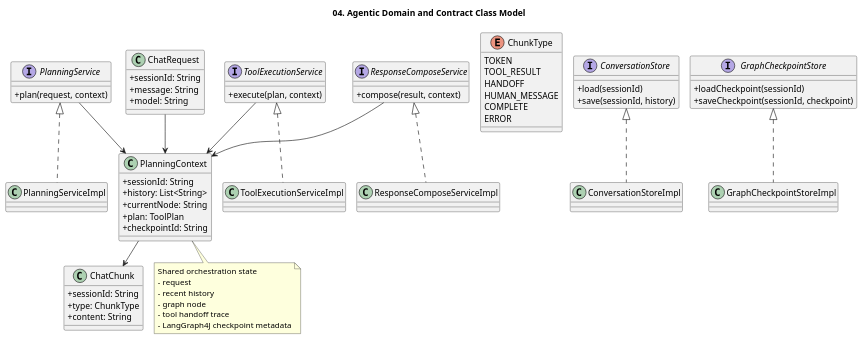
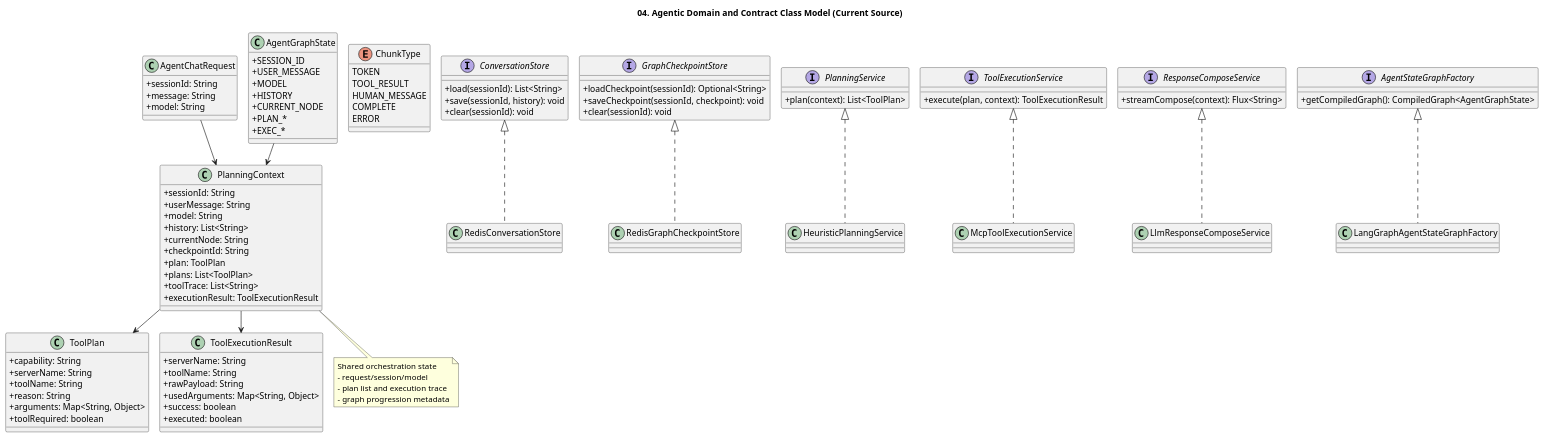
The diagram in documents/mcp-orchestrator-architecture/04-domain-class-model.puml (kim57uak/spring-ai), drawn with PlantUML before and after one commit. The commit also changed 63 other files, not shown here.

Commit message:
Refactor agent architecture, exception layering, and docs sync

```diff
--- a/documents/mcp-orchestrator-architecture/04-domain-class-model.puml
+++ b/documents/mcp-orchestrator-architecture/04-domain-class-model.puml
@@ -1,86 +1,117 @@
 @startuml
 !pragma layout smetana
-title 04. Agentic Domain and Contract Class Model
+title 04. Agentic Domain and Contract Class Model (Current Source)
 
 skinparam shadowing false
 skinparam classAttributeIconSize 0
 
-class ChatRequest {
+class AgentChatRequest {
   +sessionId: String
   +message: String
   +model: String
 }
 
-class ChatChunk {
+class PlanningContext {
   +sessionId: String
-  +type: ChunkType
-  +content: String
+  +userMessage: String
+  +model: String
+  +history: List<String>
+  +currentNode: String
+  +checkpointId: String
+  +plan: ToolPlan
+  +plans: List<ToolPlan>
+  +toolTrace: List<String>
+  +executionResult: ToolExecutionResult
+}
+
+class AgentGraphState {
+  +SESSION_ID
+  +USER_MESSAGE
+  +MODEL
+  +HISTORY
+  +CURRENT_NODE
+  +PLAN_*
+  +EXEC_*
 }
 
 enum ChunkType {
   TOKEN
   TOOL_RESULT
-  HANDOFF
   HUMAN_MESSAGE
   COMPLETE
   ERROR
 }
 
-class PlanningContext {
-  +sessionId: String
-  +history: List<String>
-  +currentNode: String
-  +plan: ToolPlan
-  +checkpointId: String
+class ToolPlan {
+  +capability: String
+  +serverName: String
+  +toolName: String
+  +reason: String
+  +arguments: Map<String, Object>
+  +toolRequired: boolean
+}
+
+class ToolExecutionResult {
+  +serverName: String
+  +toolName: String
+  +rawPayload: String
+  +usedArguments: Map<String, Object>
+  +success: boolean
+  +executed: boolean
 }
 
 interface ConversationStore {
-  +load(sessionId)
-  +save(sessionId, history)
+  +load(sessionId): List<String>
+  +save(sessionId, history): void
+  +clear(sessionId): void
 }
 
 interface GraphCheckpointStore {
-  +loadCheckpoint(sessionId)
-  +saveCheckpoint(sessionId, checkpoint)
+  +loadCheckpoint(sessionId): Optional<String>
+  +saveCheckpoint(sessionId, checkpoint): void
+  +clear(sessionId): void
 }
 
 interface PlanningService {
-  +plan(request, context)
+  +plan(context): List<ToolPlan>
 }
 
 interface ToolExecutionService {
-  +execute(plan, context)
+  +execute(plan, context): ToolExecutionResult
 }
 
 interface ResponseComposeService {
-  +compose(result, context)
+  +streamCompose(context): Flux<String>
 }
 
-class ConversationStoreImpl
-class GraphCheckpointStoreImpl
-class PlanningServiceImpl
-class ToolExecutionServiceImpl
-class ResponseComposeServiceImpl
+interface AgentStateGraphFactory {
+  +getCompiledGraph(): CompiledGraph<AgentGraphState>
+}
 
-ConversationStore <|.. ConversationStoreImpl
-GraphCheckpointStore <|.. GraphCheckpointStoreImpl
-PlanningService <|.. PlanningServiceImpl
-ToolExecutionService <|.. ToolExecutionServiceImpl
-ResponseComposeService <|.. ResponseComposeServiceImpl
+class RedisConversationStore
+class RedisGraphCheckpointStore
+class HeuristicPlanningService
+class McpToolExecutionService
+class LlmResponseComposeService
+class LangGraphAgentStateGraphFactory
 
-ChatRequest --> PlanningContext
-PlanningContext --> ChatChunk
-PlanningService --> PlanningContext
-ToolExecutionService --> PlanningContext
-ResponseComposeService --> PlanningContext
+ConversationStore <|.. RedisConversationStore
+GraphCheckpointStore <|.. RedisGraphCheckpointStore
+PlanningService <|.. HeuristicPlanningService
+ToolExecutionService <|.. McpToolExecutionService
+ResponseComposeService <|.. LlmResponseComposeService
+AgentStateGraphFactory <|.. LangGraphAgentStateGraphFactory
+
+AgentChatRequest --> PlanningContext
+PlanningContext --> ToolPlan
+PlanningContext --> ToolExecutionResult
+AgentGraphState --> PlanningContext
 
 note bottom of PlanningContext
 Shared orchestration state
-- request
-- recent history
-- graph node
-- tool handoff trace
-- LangGraph4J checkpoint metadata
+- request/session/model
+- plan list and execution trace
+- graph progression metadata
 end note
 
 @enduml
```
